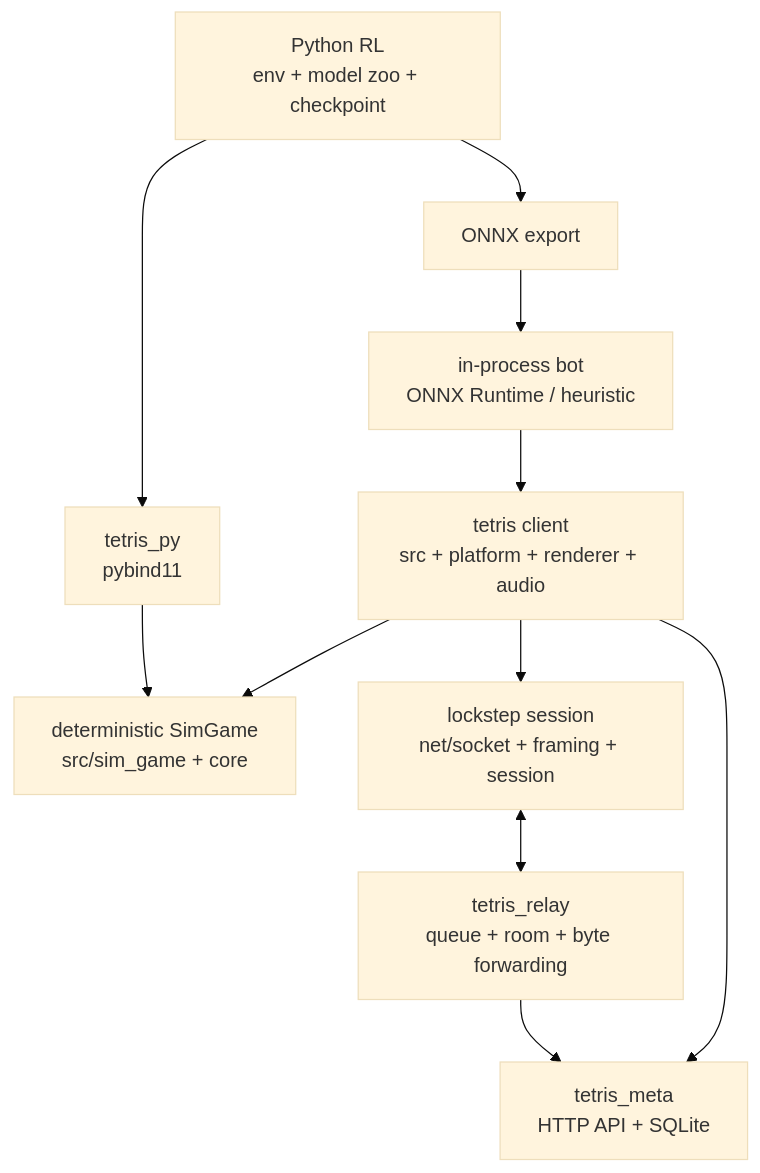
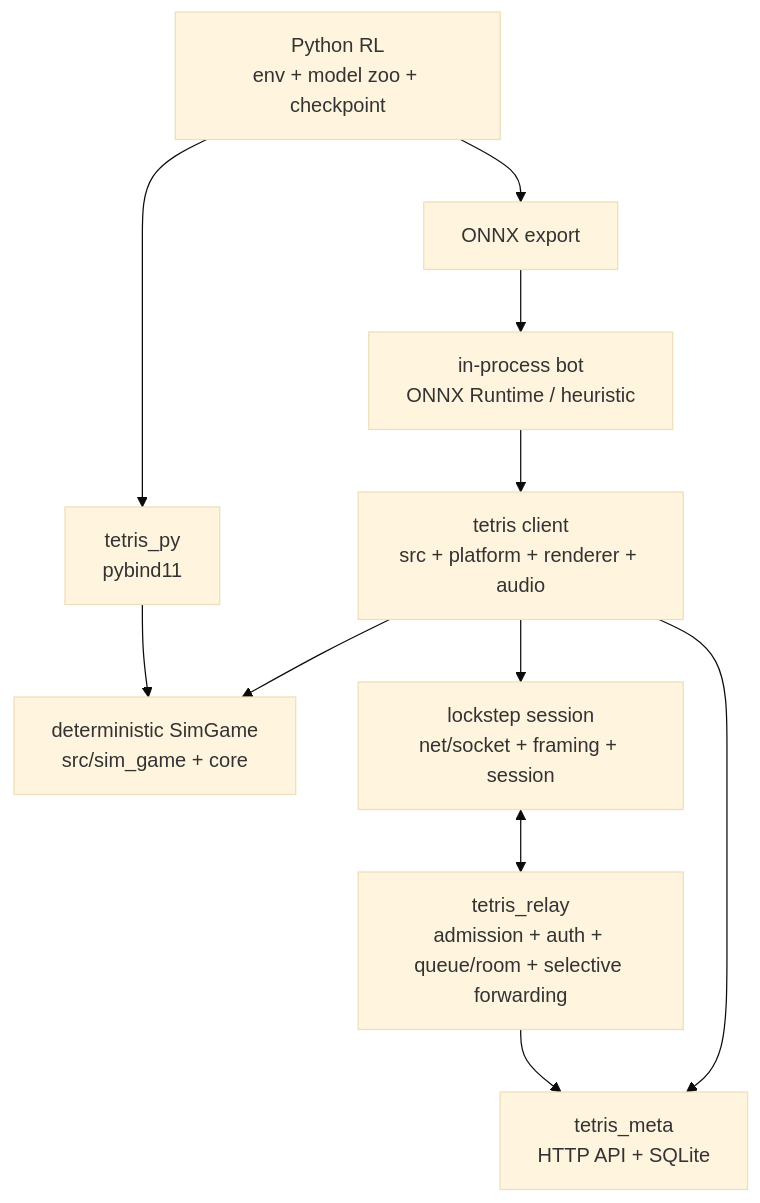
The diagram in README.md (Rein-ArXiv/Tetris-Multiplayer-RL), drawn with Mermaid (base theme) before and after one commit. The commit also changed other lines of this file and 34 other files, not shown here.

````diff
--- a/README.md
+++ b/README.md
@@ -25,23 +25,23 @@
 ```mermaid
 flowchart TB
     Client["tetris client<br/>src + platform + renderer + audio"]
     Sim["deterministic SimGame<br/>src/sim_game + core"]
     Session["lockstep session<br/>net/socket + framing + session"]
-    Relay["tetris_relay<br/>queue + room + byte forwarding"]
+    Relay["tetris_relay<br/>admission + auth + queue/room + selective forwarding"]
     Meta["tetris_meta<br/>HTTP API + SQLite"]
     PyBind["tetris_py<br/>pybind11"]
     Train["Python RL<br/>env + model zoo + checkpoint"]
     Export["ONNX export"]
     Bot["in-process bot<br/>ONNX Runtime / heuristic"]
 
     Client --> Sim
     Client --> Session
     Session <--> Relay
     Client --> Meta
     Relay --> Meta
     PyBind --> Sim
     Train --> PyBind
     Train --> Export
     Export --> Bot
     Bot --> Client
 ```
````
